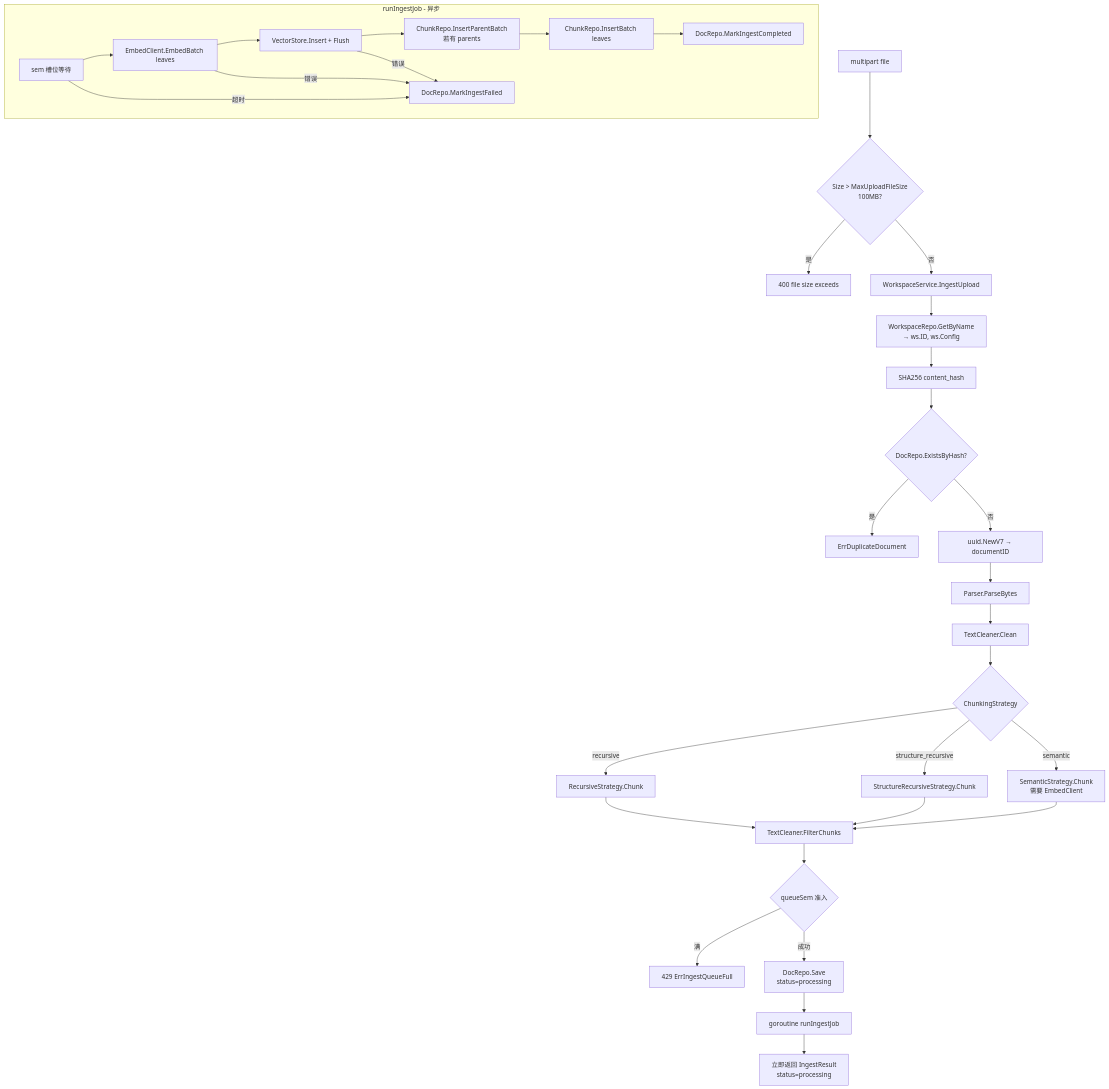
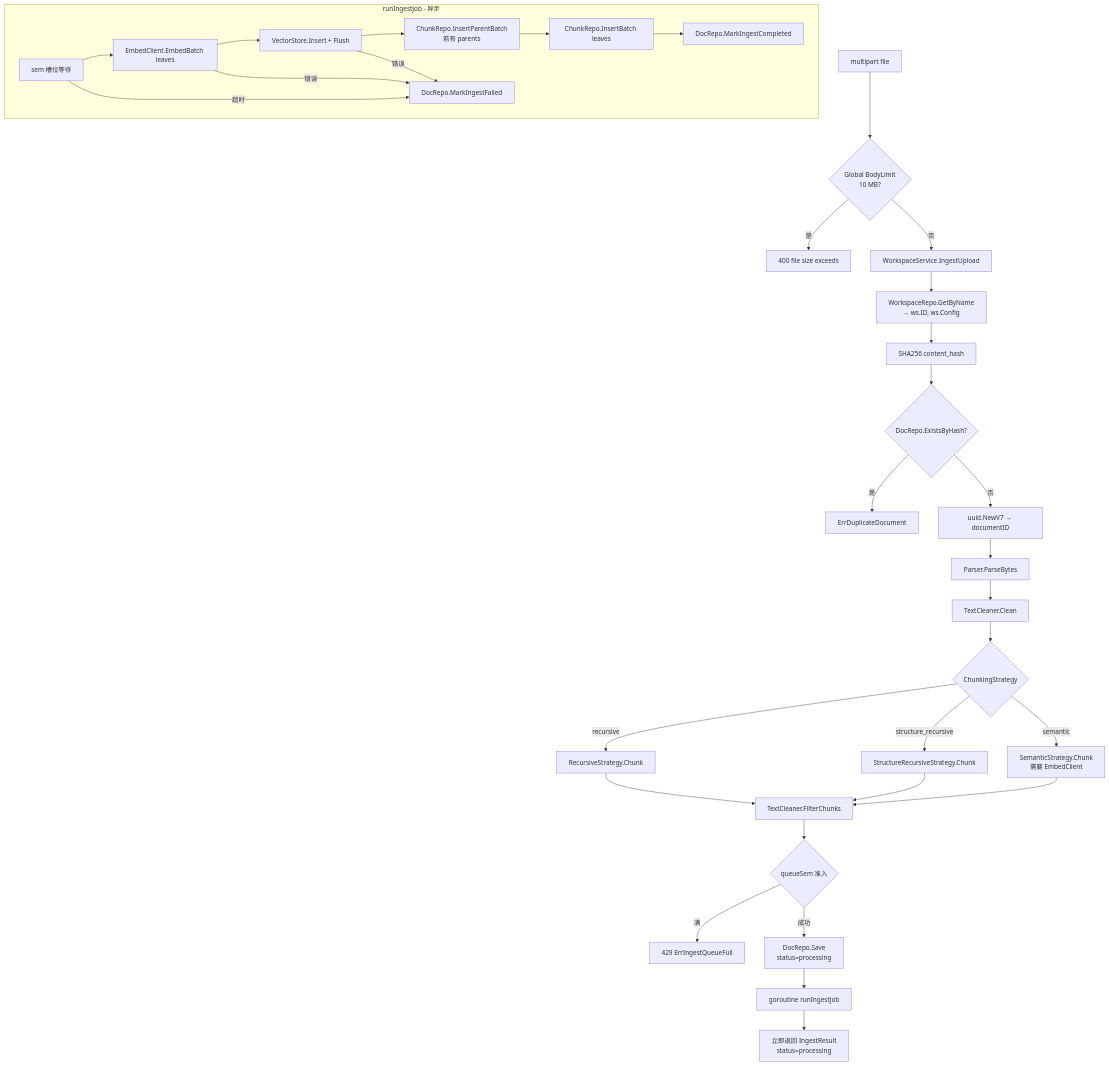
Before and after one commit to ArchChuan/Stratum: the second of 3 diagrams in docs/agent/knowledge-workspace.md, drawn with Mermaid. The commit also changed other lines of this file and 13 other files, not shown here.

````diff
--- a/docs/agent/knowledge-workspace.md
+++ b/docs/agent/knowledge-workspace.md
@@ -366,36 +364,36 @@
 ```mermaid
 flowchart TD
-    A[multipart file] --> B{Size > MaxUploadFileSize<br/>100MB?}
+    A[multipart file] --> B{Global BodyLimit<br/>10 MB?}
     B -->|是| E1[400 file size exceeds]
     B -->|否| C[WorkspaceService.IngestUpload]
     C --> D[WorkspaceRepo.GetByName<br/>→ ws.ID, ws.Config]
     D --> H[SHA256 content_hash]
     H --> DUP{DocRepo.ExistsByHash?}
     DUP -->|是| E2[ErrDuplicateDocument]
     DUP -->|否| ID[uuid.NewV7 → documentID]
     ID --> PARSE[Parser.ParseBytes]
     PARSE --> CLEAN[TextCleaner.Clean]
     CLEAN --> STRAT{ChunkingStrategy}
     STRAT -->|recursive| REC[RecursiveStrategy.Chunk]
     STRAT -->|structure_recursive| STR[StructureRecursiveStrategy.Chunk]
     STRAT -->|semantic| SEM[SemanticStrategy.Chunk<br/>需要 EmbedClient]
     REC --> FILTER[TextCleaner.FilterChunks]
     STR --> FILTER
     SEM --> FILTER
     FILTER --> Q{queueSem 准入}
     Q -->|满| E3[429 ErrIngestQueueFull]
     Q -->|成功| SAVE[DocRepo.Save<br/>status=processing]
     SAVE --> SPAWN[goroutine runIngestJob]
     SPAWN --> RESP[立即返回 IngestResult<br/>status=processing]
 
     subgraph ASYNC [runIngestJob - 异步]
         W[sem 槽位等待] --> EB[EmbedClient.EmbedBatch leaves]
         EB --> VI[VectorStore.Insert + Flush]
         VI --> PB[ChunkRepo.InsertParentBatch<br/>若有 parents]
         PB --> IB[ChunkRepo.InsertBatch leaves]
         IB --> DONE[DocRepo.MarkIngestCompleted]
         W -->|超时| FAIL[DocRepo.MarkIngestFailed]
         EB -->|错误| FAIL
         VI -->|错误| FAIL
     end
 ```
````
